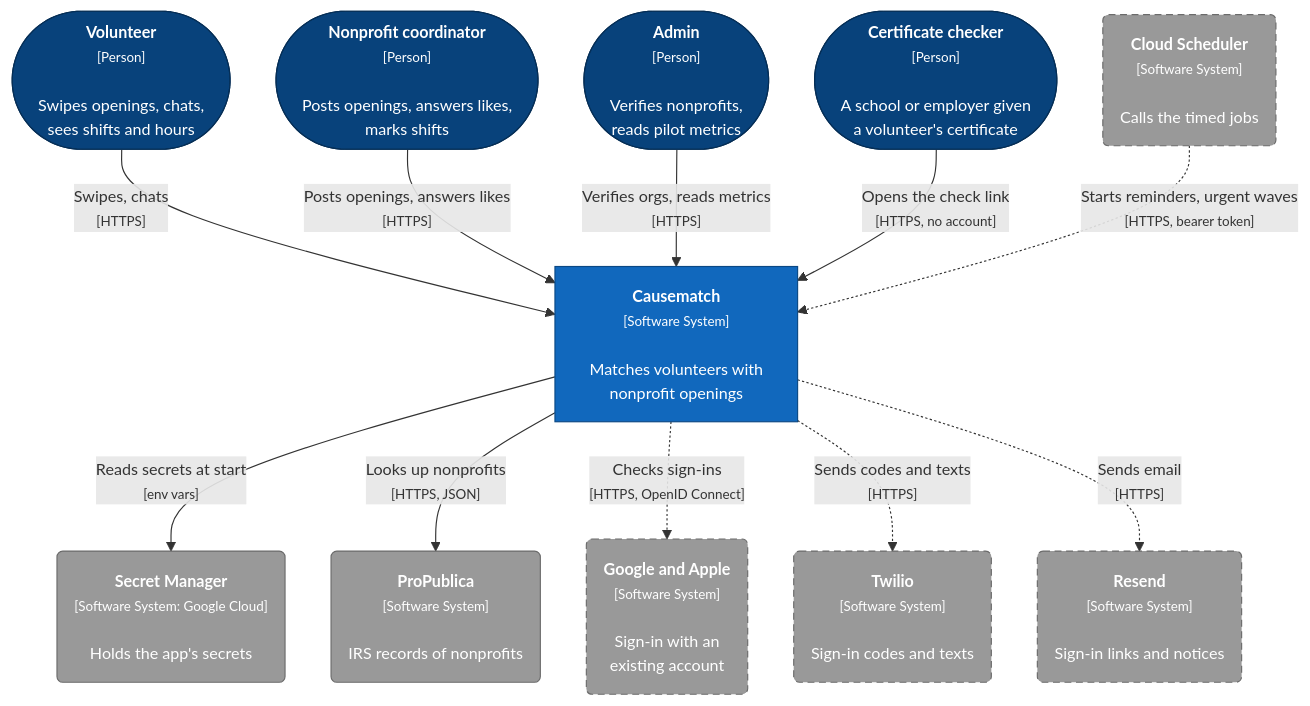
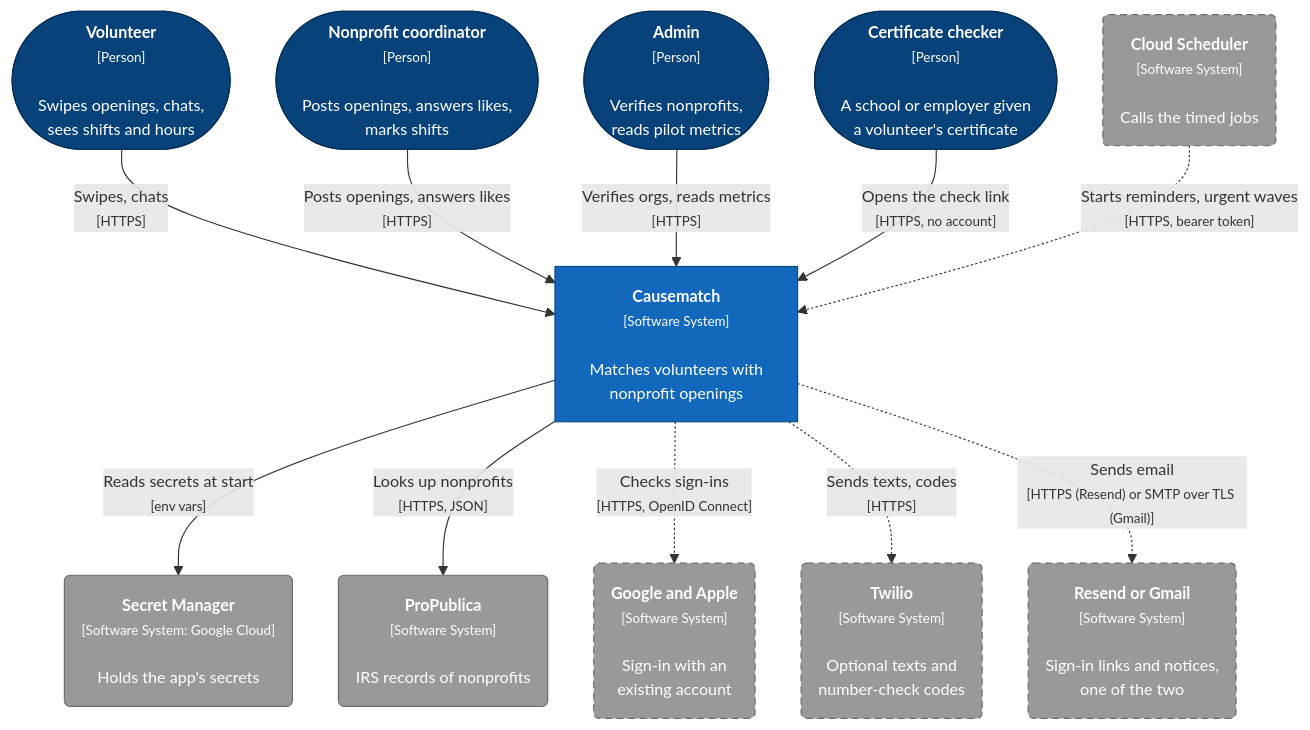
The second of 26 diagrams in docs/ARCHITECTURE.md (slegroux/causematch), drawn with Mermaid before and after one commit. The commit also changed other lines of this file, not shown here.

First line of the commit message:
Architecture doc: up to date with main through #39

````diff
--- a/docs/ARCHITECTURE.md
+++ b/docs/ARCHITECTURE.md
@@ -99,37 +99,37 @@
 ```mermaid
 %%{init: {"flowchart": {"curve": "basis", "nodeSpacing": 40, "rankSpacing": 60}, "themeVariables": {"fontFamily": "Helvetica, Arial, sans-serif", "fontSize": "14px"}}}%%
 flowchart TB
     vol(["<b>Volunteer</b><br/><small>[Person]</small><br/><br/>Swipes openings, chats,<br/>sees shifts and hours"])
     coord(["<b>Nonprofit coordinator</b><br/><small>[Person]</small><br/><br/>Posts openings, answers likes,<br/>marks shifts"])
     admin(["<b>Admin</b><br/><small>[Person]</small><br/><br/>Verifies nonprofits,<br/>reads pilot metrics"])
     checker(["<b>Certificate checker</b><br/><small>[Person]</small><br/><br/>A school or employer given<br/>a volunteer's certificate"])
 
     cm["<b>Causematch</b><br/><small>[Software System]</small><br/><br/>Matches volunteers with<br/>nonprofit openings"]
 
     sm("<b>Secret Manager</b><br/><small>[Software System: Google Cloud]</small><br/><br/>Holds the app's secrets")
     pp("<b>ProPublica</b><br/><small>[Software System]</small><br/><br/>IRS records of nonprofits")
     idp("<b>Google and Apple</b><br/><small>[Software System]</small><br/><br/>Sign-in with an<br/>existing account")
-    twilio("<b>Twilio</b><br/><small>[Software System]</small><br/><br/>Sign-in codes and texts")
-    resend("<b>Resend</b><br/><small>[Software System]</small><br/><br/>Sign-in links and notices")
+    twilio("<b>Twilio</b><br/><small>[Software System]</small><br/><br/>Optional texts and<br/>number-check codes")
+    resend("<b>Resend or Gmail</b><br/><small>[Software System]</small><br/><br/>Sign-in links and notices,<br/>one of the two")
     sched("<b>Cloud Scheduler</b><br/><small>[Software System]</small><br/><br/>Calls the timed jobs")
 
     vol -- "Swipes, chats<br/><small>[HTTPS]</small>" --> cm
     coord -- "Posts openings, answers likes<br/><small>[HTTPS]</small>" --> cm
     admin -- "Verifies orgs, reads metrics<br/><small>[HTTPS]</small>" --> cm
     checker -- "Opens the check link<br/><small>[HTTPS, no account]</small>" --> cm
     cm -- "Reads secrets at start<br/><small>[env vars]</small>" --> sm
     cm -- "Looks up nonprofits<br/><small>[HTTPS, JSON]</small>" --> pp
     cm -. "Checks sign-ins<br/><small>[HTTPS, OpenID Connect]</small>" .-> idp
-    cm -. "Sends codes and texts<br/><small>[HTTPS]</small>" .-> twilio
-    cm -. "Sends email<br/><small>[HTTPS]</small>" .-> resend
+    cm -. "Sends texts, codes<br/><small>[HTTPS]</small>" .-> twilio
+    cm -. "Sends email<br/><small>[HTTPS (Resend) or SMTP over TLS (Gmail)]</small>" .-> resend
     sched -. "Starts reminders, urgent waves<br/><small>[HTTPS, bearer token]</small>" .-> cm
 
     classDef person fill:#08427b,stroke:#052e56,color:#ffffff
     classDef system fill:#1168bd,stroke:#0b4884,color:#ffffff
     classDef external fill:#999999,stroke:#6b6b6b,color:#ffffff
     classDef planned fill:#999999,stroke:#6b6b6b,color:#ffffff,stroke-dasharray:6 4
     class vol,coord,admin,checker person
     class cm system
     class sm,pp external
     class idp,twilio,resend,sched planned
 ```
````
